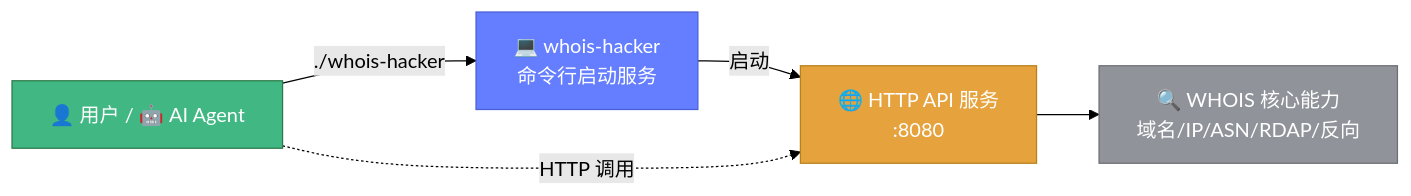
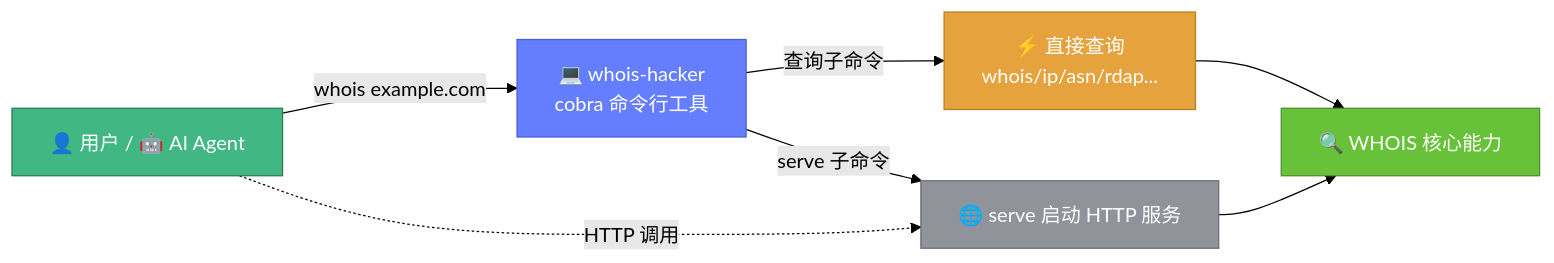
Before and after one commit to cyberspacesec/whois-skills: the first of 3 diagrams in website/cli/overview.md, drawn with Mermaid (forest theme). The commit also changed other lines of this file and 21 other files, not shown here.

First line of the commit message:
refactor(cli): 基于 cobra 重构 CLI，SDK 全部能力可通过子命令调用

````diff
--- a/website/cli/overview.md
+++ b/website/cli/overview.md
@@ -9,21 +9,26 @@
 ```mermaid
 flowchart LR
     User["👤 用户 / 🤖 AI Agent"]
-    CLI["💻 whois-hacker<br/>命令行启动服务"]
-    Service["🌐 HTTP API 服务<br/>:8080"]
-    Core["🔍 WHOIS 核心能力<br/>域名/IP/ASN/RDAP/反向"]
+    CLI["💻 whois-hacker<br/>cobra 命令行工具"]
+    Direct["⚡ 直接查询<br/>whois/ip/asn/rdap..."]
+    Service["🌐 serve 启动 HTTP 服务"]
+    Core["🔍 WHOIS 核心能力"]
 
-    User -->|"./whois-hacker"| CLI
-    CLI -->|"启动"| Service
+    User -->|"whois example.com"| CLI
+    CLI -->|"查询子命令"| Direct
+    CLI -->|"serve 子命令"| Service
+    Direct --> Core
+    Service --> Core
     User -.->|"HTTP 调用"| Service
-    Service --> Core
 
     classDef user fill:#41b883,color:#fff,stroke:#2b7a4b
     classDef cli fill:#647eff,color:#fff,stroke:#4a5fd6
-    classDef svc fill:#e6a23c,color:#fff,stroke:#b7821c
-    classDef core fill:#909399,color:#fff,stroke:#6b6e72
+    classDef direct fill:#e6a23c,color:#fff,stroke:#b7821c
+    classDef svc fill:#909399,color:#fff,stroke:#6b6e72
+    classDef core fill:#67c23a,color:#fff,stroke:#4e8e2a
     class User user
     class CLI cli
+    class Direct direct
     class Service svc
     class Core core
 ```
````
